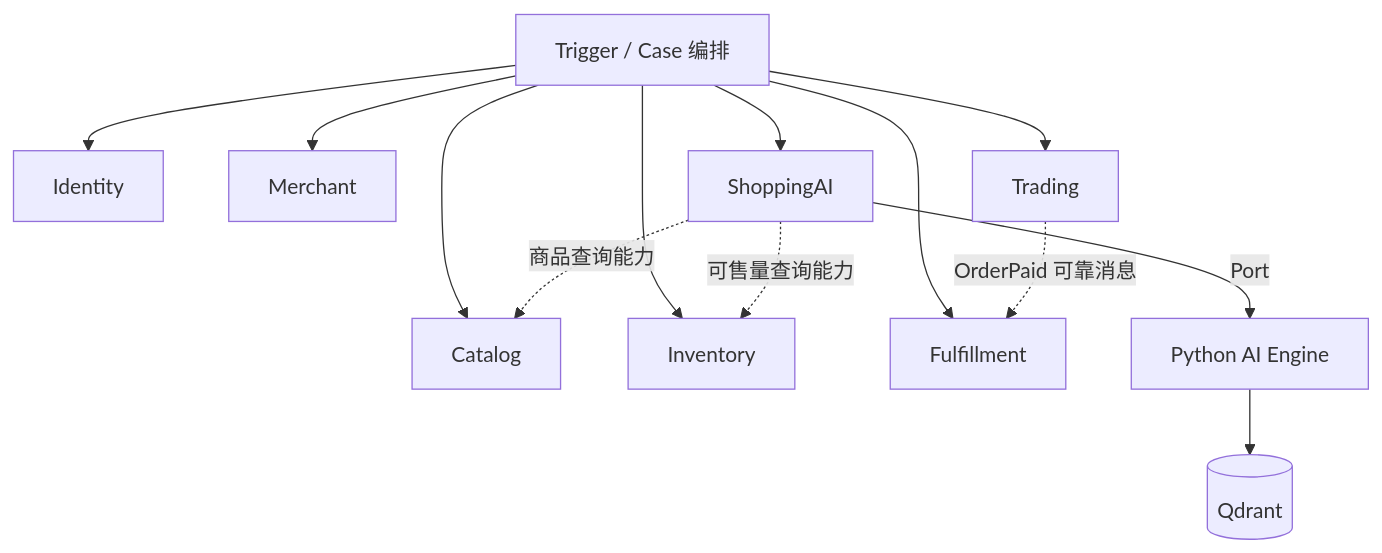
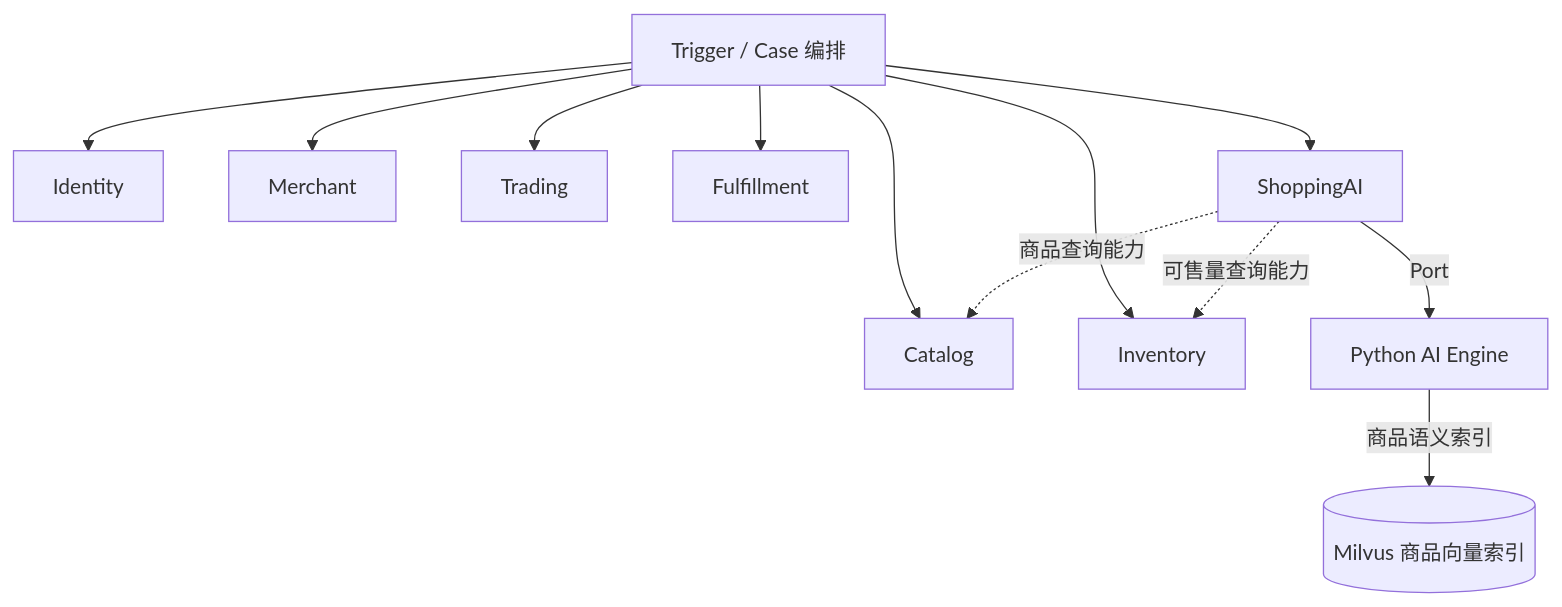
The diagram in docs/architecture/context-map.md (ProfessorZJH/campus-shopping), drawn with Mermaid before and after one commit. The commit also changed other lines of this file, not shown here.

Commit message:
docs(ddd): align context map with actual local transaction flows

````diff
--- a/docs/architecture/context-map.md
+++ b/docs/architecture/context-map.md
@@ -24,26 +24,25 @@
 ```mermaid
 flowchart TB
     T[Trigger / Case 编排]
     I[Identity]
     M[Merchant]
     C[Catalog]
     N[Inventory]
     D[Trading]
     F[Fulfillment]
     A[ShoppingAI]
     P[Python AI Engine]
-    Q[(Qdrant)]
+    V[(Milvus 商品向量索引)]
 
     T --> I
     T --> M
     T --> C
     T --> N
     T --> D
     T --> F
     T --> A
     A -.->|商品查询能力| C
     A -.->|可售量查询能力| N
-    D -.->|OrderPaid 可靠消息| F
     A -->|Port| P
-    P --> Q
+    P -->|商品语义索引| V
 ```
````
